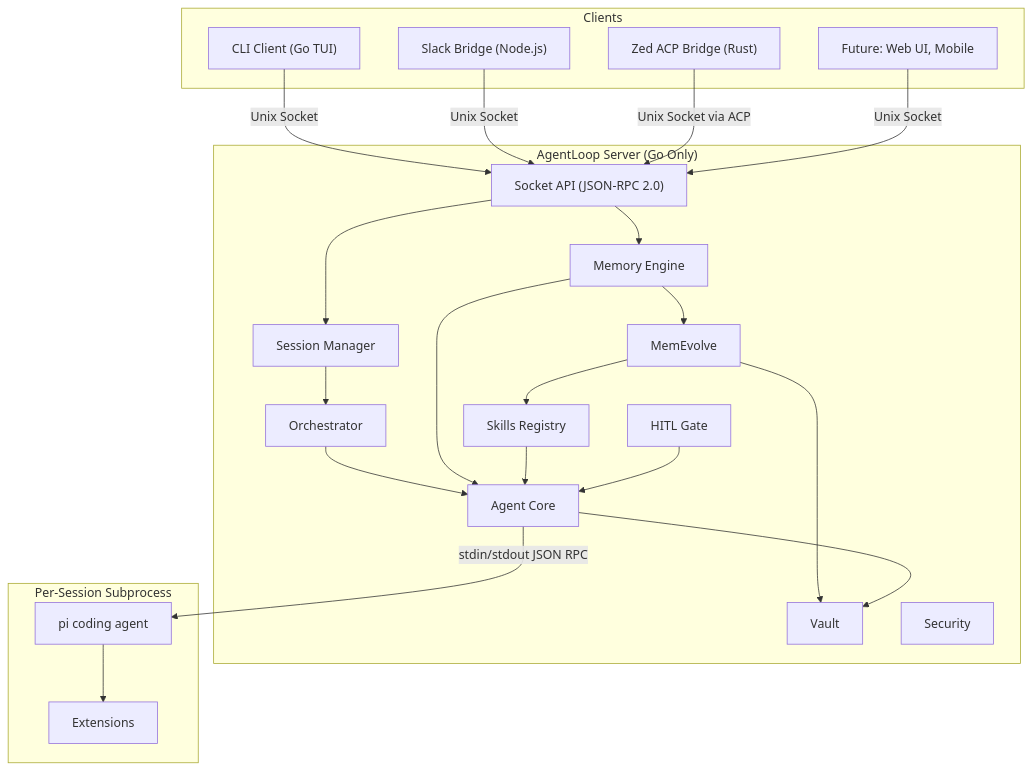
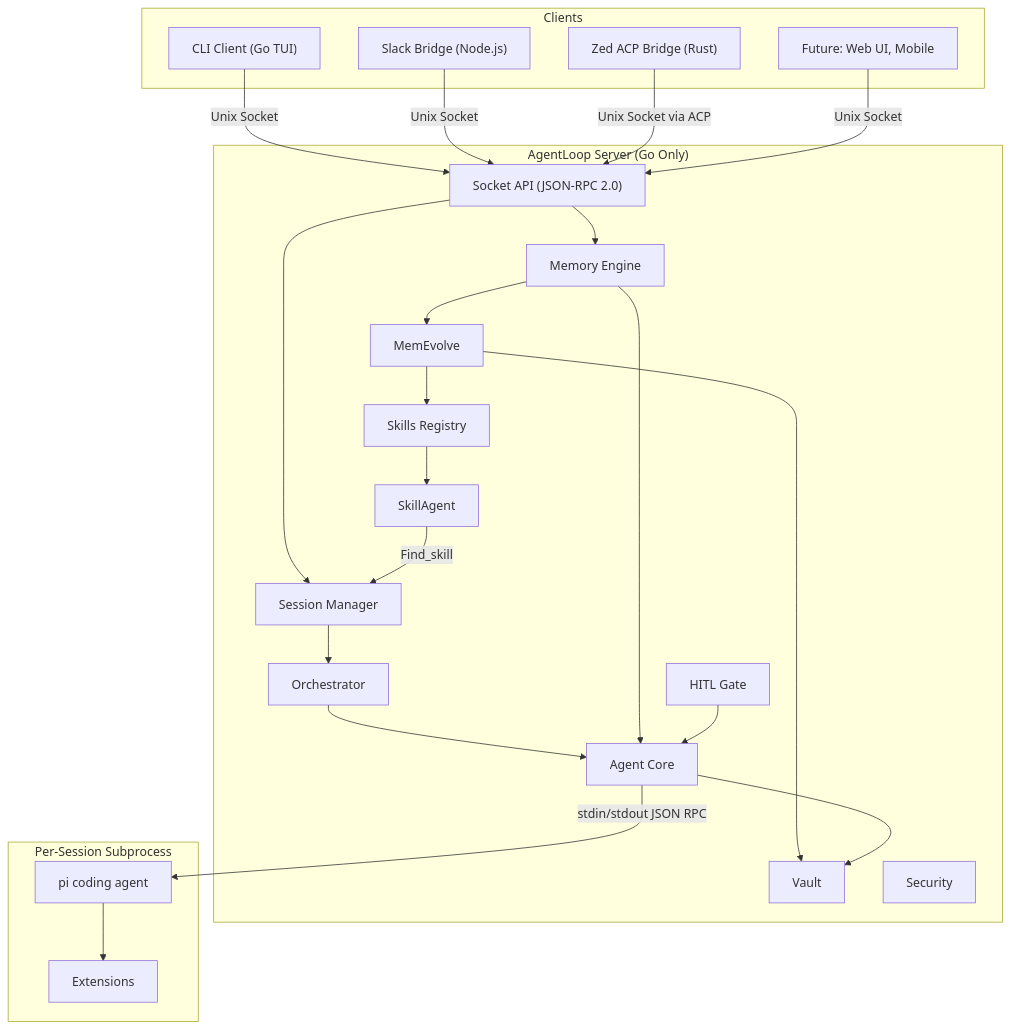
One commit to MarcoMruz/agentloop-docs changed the diagram in src/content/docs/architecture/system-design.mdx. Above: the diagram before and after it, drawn with Mermaid. The commit also changed other lines of this file and 4 other files, not shown here.

````diff
--- a/src/content/docs/architecture/system-design.mdx
+++ b/src/content/docs/architecture/system-design.mdx
@@ -45,46 +45,48 @@
 ```mermaid
 graph TD
     subgraph Clients
         CLI["CLI Client (Go TUI)"]
         Slack["Slack Bridge (Node.js)"]
         Zed["Zed ACP Bridge (Rust)"]
         Web["Future: Web UI, Mobile"]
     end
 
     subgraph "AgentLoop Server (Go Only)"
         API["Socket API (JSON-RPC 2.0)"]
         SM["Session Manager"]
         Orch["Orchestrator"]
         Mem["Memory Engine"]
         ME["MemEvolve"]
         Core["Agent Core"]
         Skills["Skills Registry"]
+        SA["SkillAgent"]
         HITL["HITL Gate"]
         Vault["Vault"]
         Sec["Security"]
     end
 
     subgraph "Per-Session Subprocess"
         Pi["pi coding agent"]
         Ext["Extensions"]
     end
 
     CLI -->|Unix Socket| API
     Slack -->|Unix Socket| API
     Zed -->|Unix Socket via ACP| API
     Web -->|Unix Socket| API
 
     API --> SM
     API --> Mem
     SM --> Orch
     Orch --> Core
     Mem --> Core
     Mem --> ME
     ME --> Vault
     ME --> Skills
-    Skills --> Core
+    Skills --> SA
+    SA -->|Find_skill| SM
     HITL --> Core
     Core -->|stdin/stdout JSON RPC| Pi
     Pi --> Ext
     Core --> Vault
 ```
````
